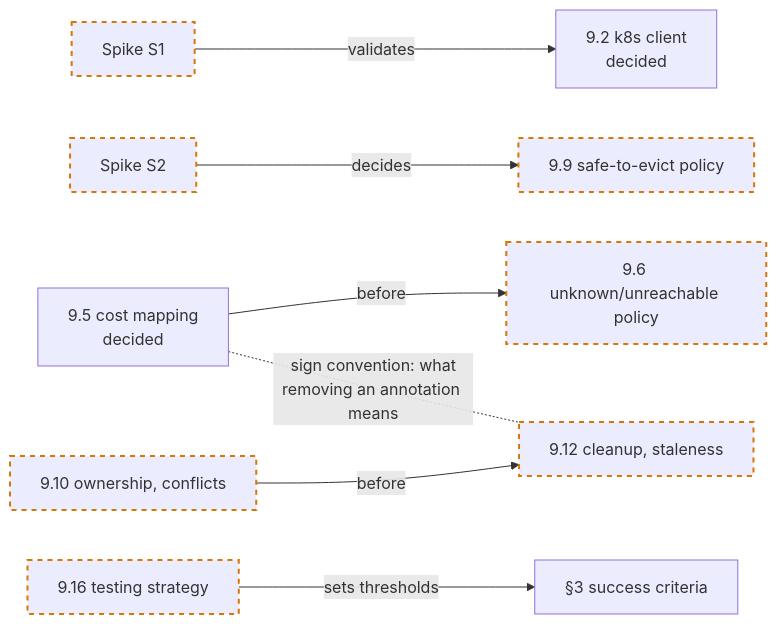
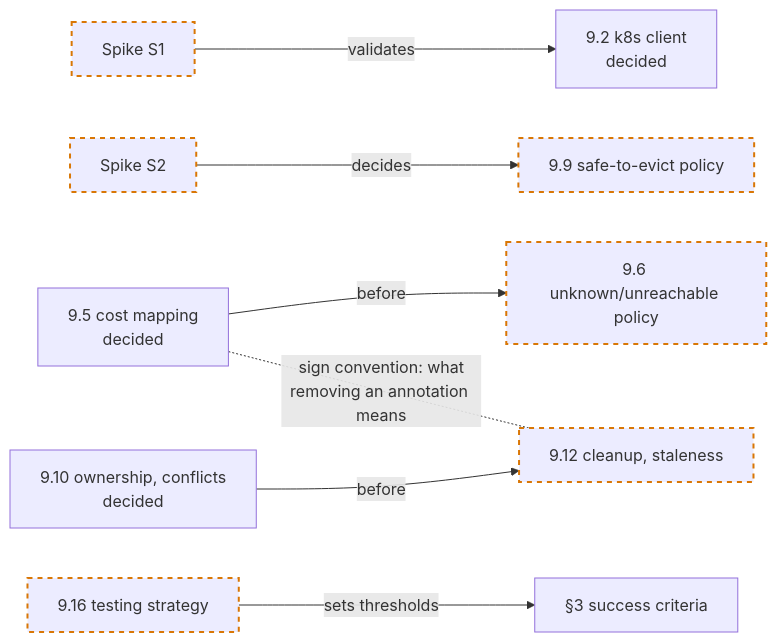
One commit to BiscuitBin/knarr changed the tenth of 10 diagrams in docs/OVERVIEW.md. Above: the diagram before and after it, drawn with Mermaid. The commit also changed other lines of this file and 18 other files, not shown here.

First line of the commit message:
Settle the ownership marker, write mode and conflicts

````diff
--- a/docs/OVERVIEW.md
+++ b/docs/OVERVIEW.md
@@ -497,10 +497,10 @@
 ```mermaid
 flowchart LR
     S1[Spike S1]:::open -- "validates" --> D2["9.2 k8s client<br/>decided"]
     S2[Spike S2]:::open -- "decides" --> D9["9.9 safe-to-evict policy"]:::open
     D5["9.5 cost mapping<br/>decided"] -- "before" --> D6["9.6 unknown/unreachable policy"]:::open
-    D10["9.10 ownership, conflicts"]:::open -- "before" --> D12["9.12 cleanup, staleness"]:::open
+    D10["9.10 ownership, conflicts<br/>decided"] -- "before" --> D12["9.12 cleanup, staleness"]:::open
     D5 -. "sign convention: what<br/>removing an annotation means" .- D12
     D16["9.16 testing strategy"]:::open -- "sets thresholds" --> SC["§3 success criteria"]
     classDef open stroke:#d97706,stroke-width:2px,stroke-dasharray:5 5
 ```
````
